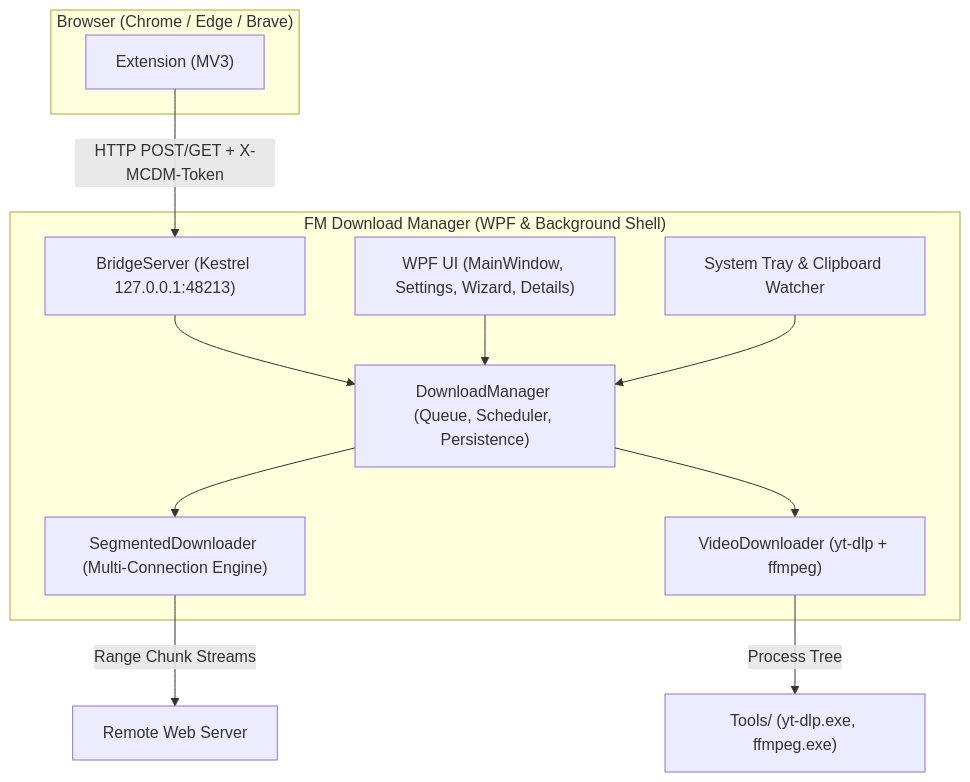
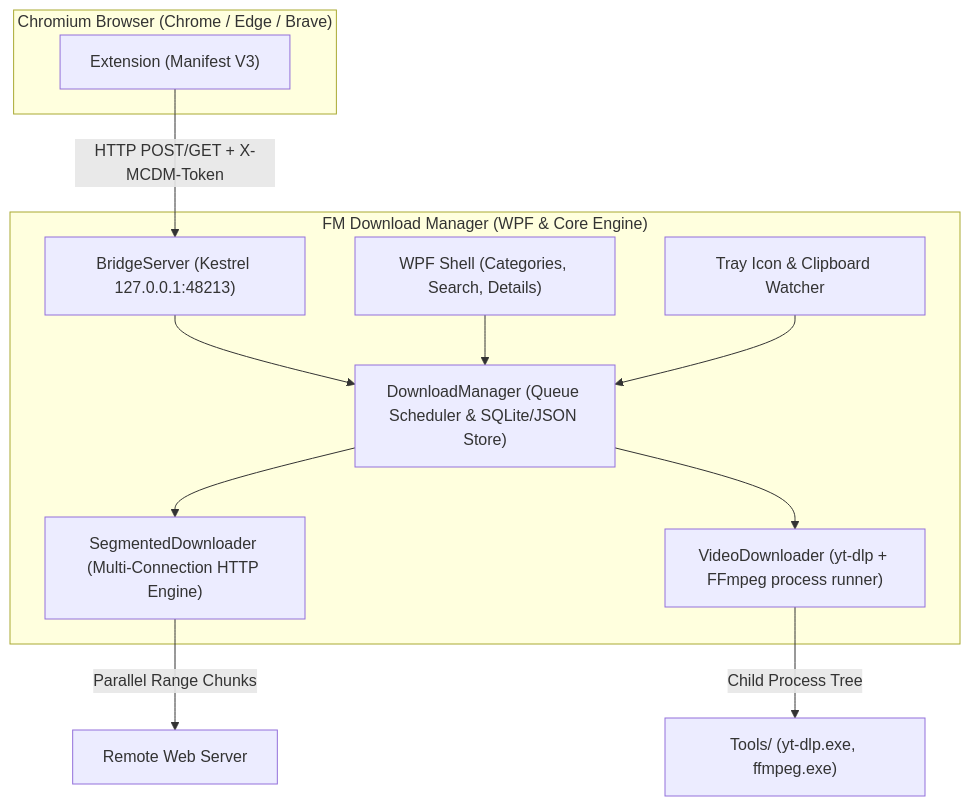
One commit to Ferdi-krbk/fm-download-manager changed the diagram in README.md. Above: the diagram before and after it, drawn with Mermaid. The commit also changed other lines of this file and 2 other files, not shown here.

Commit message:
docs: add badges, architecture diagram and visual documentation

````diff
--- a/README.md
+++ b/README.md
@@ -46,24 +74,24 @@
 ```mermaid
 flowchart TD
-    subgraph Browser["Browser (Chrome / Edge / Brave)"]
-        EXT["Extension (MV3)"]
+    subgraph Browser["Chromium Browser (Chrome / Edge / Brave)"]
+        EXT["Extension (Manifest V3)"]
     end
 
-    subgraph DesktopApp["FM Download Manager (WPF & Background Shell)"]
-        UI["WPF UI (MainWindow, Settings, Wizard, Details)"]
-        TRAY["System Tray & Clipboard Watcher"]
-        BRIDGE["BridgeServer (Kestrel 127.0.0.1:48213)"]
-        DM["DownloadManager (Queue, Scheduler, Persistence)"]
-        ENGINE["SegmentedDownloader (Multi-Connection Engine)"]
-        VIDEO["VideoDownloader (yt-dlp + ffmpeg)"]
+    subgraph App["FM Download Manager (WPF & Core Engine)"]
+        UI["WPF Shell (Categories, Search, Details)"]
+        TRAY["Tray Icon & Clipboard Watcher"]
+        SERVER["BridgeServer (Kestrel 127.0.0.1:48213)"]
+        MGR["DownloadManager (Queue Scheduler & SQLite/JSON Store)"]
+        ENGINE["SegmentedDownloader (Multi-Connection HTTP Engine)"]
+        VIDEO["VideoDownloader (yt-dlp + FFmpeg process runner)"]
     end
 
-    EXT -- "HTTP POST/GET + X-MCDM-Token" --> BRIDGE
-    BRIDGE --> DM
-    UI --> DM
-    TRAY --> DM
-    DM --> ENGINE
-    DM --> VIDEO
-    ENGINE -- "Range Chunk Streams" --> TargetServer["Remote Web Server"]
-    VIDEO -- "Process Tree" --> Tools["Tools/ (yt-dlp.exe, ffmpeg.exe)"]
+    EXT -- "HTTP POST/GET + X-MCDM-Token" --> SERVER
+    SERVER --> MGR
+    UI --> MGR
+    TRAY --> MGR
+    MGR --> ENGINE
+    MGR --> VIDEO
+    ENGINE -- "Parallel Range Chunks" --> Target["Remote Web Server"]
+    VIDEO -- "Child Process Tree" --> Tools["Tools/ (yt-dlp.exe, ffmpeg.exe)"]
 ```
````
